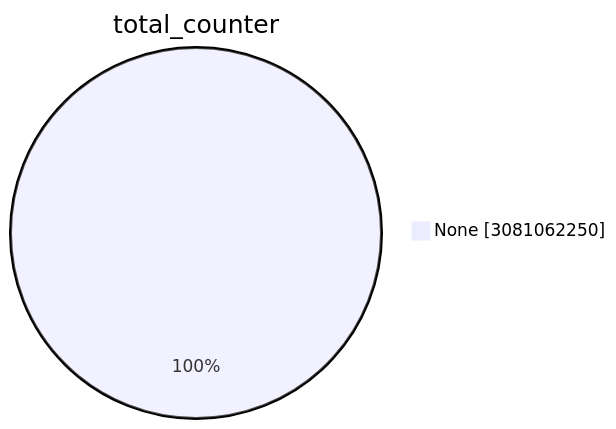
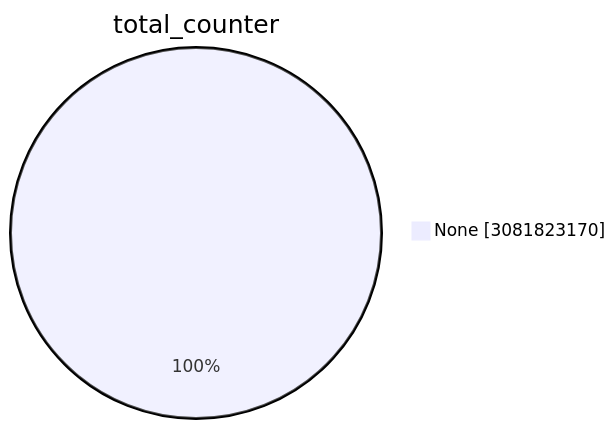
One commit to christiankrug/ctmonitor_visualization changed the first of 15 diagrams in TOTAL/README.md. Above: the diagram before and after it, drawn with Mermaid. The commit also changed other lines of this file, not shown here.

````diff
--- a/TOTAL/README.md
+++ b/TOTAL/README.md
@@ -1,5 +1,5 @@
 ```mermaid
 pie showData
 title total_counter
-"None" :3081062250
+"None" :3081823170
 ```
````
